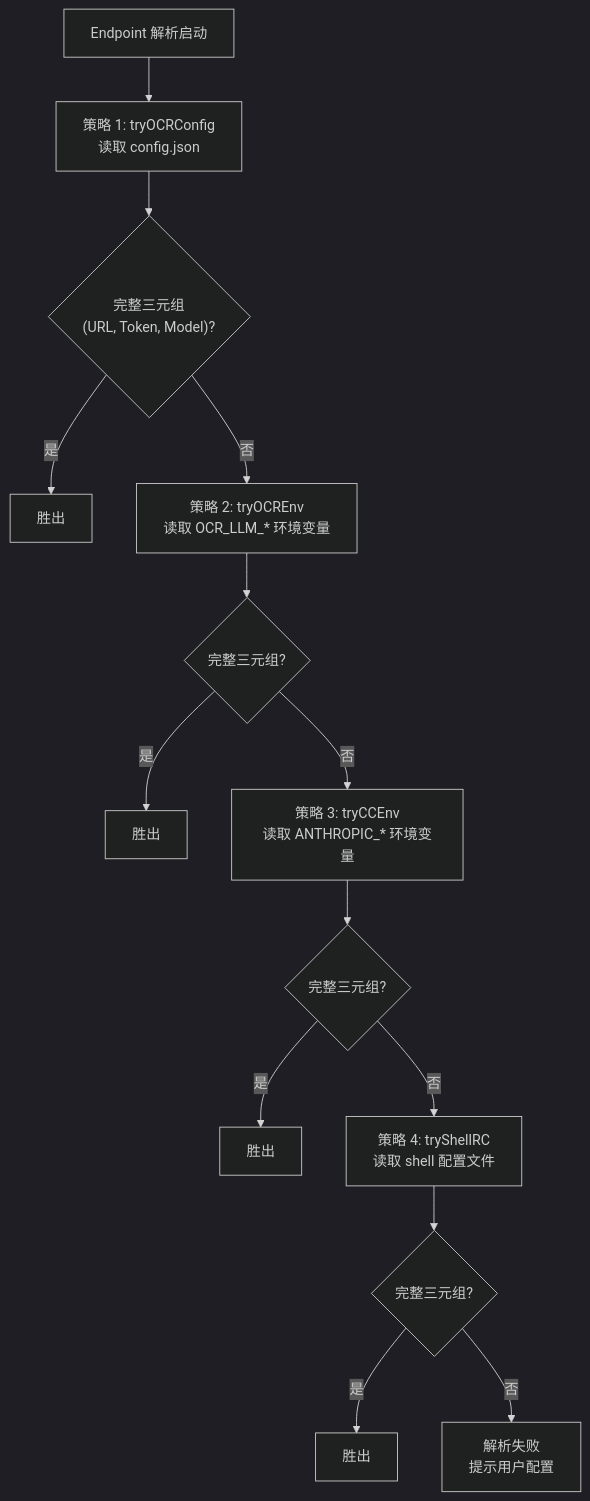
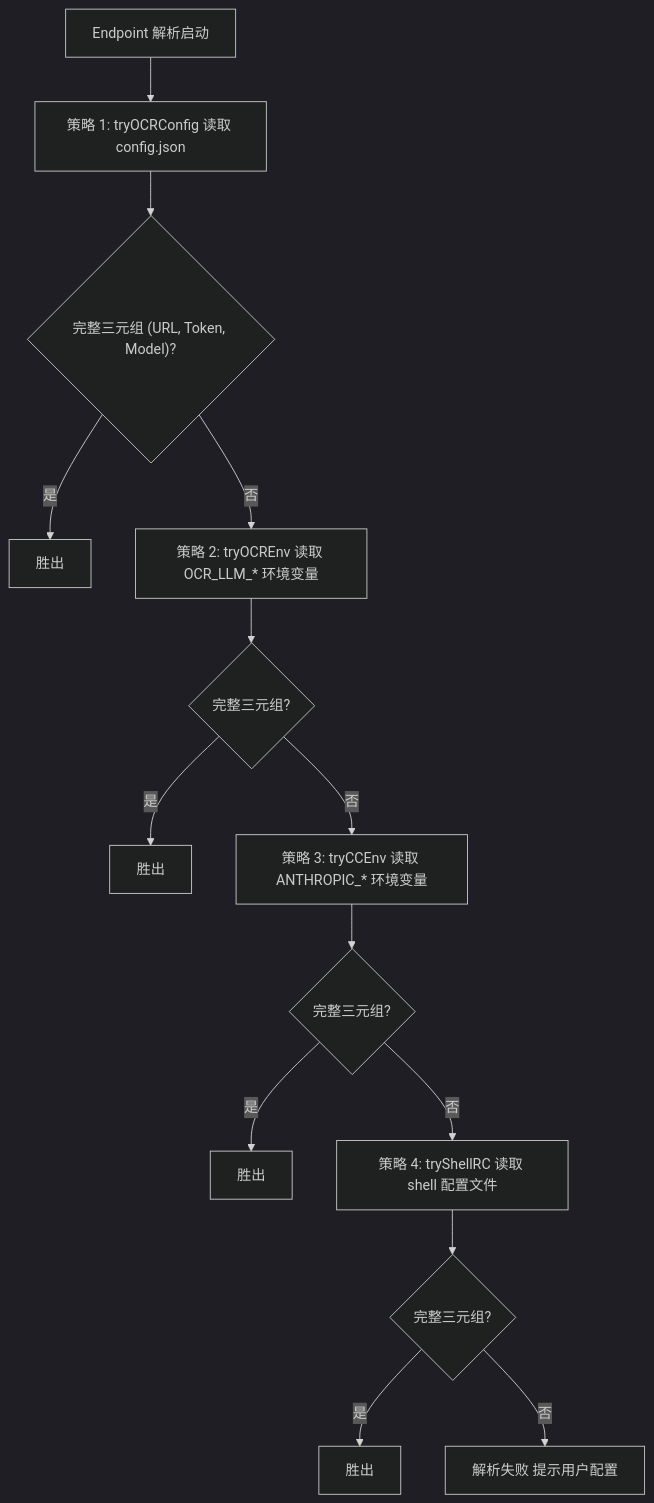
The third of 5 diagrams in doc/bundles/jishu/ai/products/open-code-review/concepts/02-llm-providers.md (awesome-flexloop/awesome-okf), drawn with Mermaid (dark theme) before and after one commit. The commit also changed other lines of this file and 10 other files, not shown here.

First line of the commit message:
docs(bundle): 清偿 Open Code Review 存量 Mermaid 违规避免规范漂移累积

````diff
--- a/doc/bundles/jishu/ai/products/open-code-review/concepts/02-llm-providers.md
+++ b/doc/bundles/jishu/ai/products/open-code-review/concepts/02-llm-providers.md
@@ -482,16 +477,16 @@
 ```mermaid
 flowchart TD
-    Start["Endpoint 解析启动"] --> S1["策略 1: tryOCRConfig<br/>读取 config.json"]
-    S1 --> Q1{"完整三元组<br/>(URL, Token, Model)?"}
+    Start["Endpoint 解析启动"] --> S1["策略 1: tryOCRConfig 读取 config.json"]
+    S1 --> Q1{"完整三元组 (URL, Token, Model)?"}
     Q1 -->|"是"| Win1["胜出"]
-    Q1 -->|"否"| S2["策略 2: tryOCREnv<br/>读取 OCR_LLM_* 环境变量"]
+    Q1 -->|"否"| S2["策略 2: tryOCREnv 读取 OCR_LLM_* 环境变量"]
     S2 --> Q2{"完整三元组?"}
     Q2 -->|"是"| Win2["胜出"]
-    Q2 -->|"否"| S3["策略 3: tryCCEnv<br/>读取 ANTHROPIC_* 环境变量"]
+    Q2 -->|"否"| S3["策略 3: tryCCEnv 读取 ANTHROPIC_* 环境变量"]
     S3 --> Q3{"完整三元组?"}
     Q3 -->|"是"| Win3["胜出"]
-    Q3 -->|"否"| S4["策略 4: tryShellRC<br/>读取 shell 配置文件"]
+    Q3 -->|"否"| S4["策略 4: tryShellRC 读取 shell 配置文件"]
     S4 --> Q4{"完整三元组?"}
     Q4 -->|"是"| Win4["胜出"]
-    Q4 -->|"否"| Fail["解析失败<br/>提示用户配置"]
+    Q4 -->|"否"| Fail["解析失败 提示用户配置"]
 ```
````
